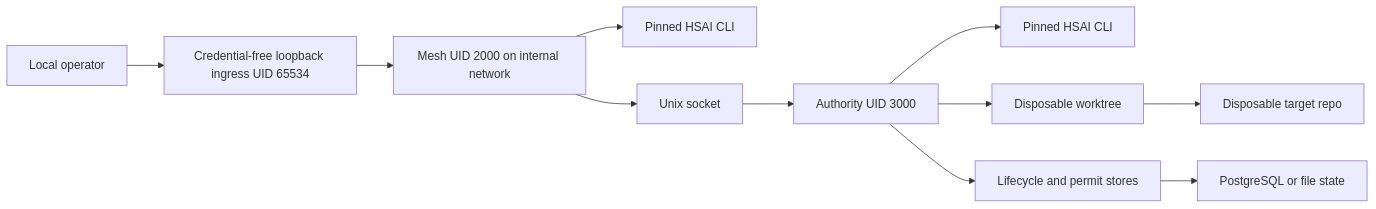
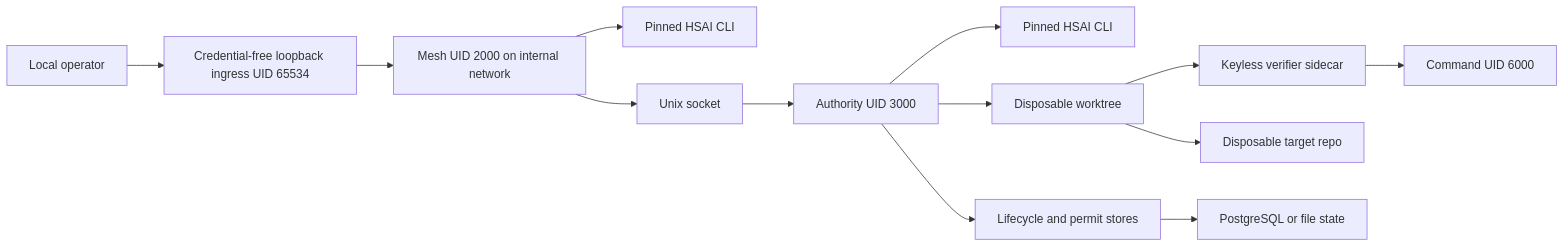
The diagram in docs/evidence-carrying-agent-actions-threat-model.md (LusisLabs/orbital-mesh), drawn with Mermaid before and after one commit. The commit also changed other lines of this file and 20 other files, not shown here.

````diff
--- a/docs/evidence-carrying-agent-actions-threat-model.md
+++ b/docs/evidence-carrying-agent-actions-threat-model.md
@@ -137,13 +160,15 @@
 ```mermaid
 flowchart LR
   O["Local operator"] --> I["Credential-free loopback ingress UID 65534"]
   I --> M["Mesh UID 2000 on internal network"]
   M --> H1["Pinned HSAI CLI"]
   M --> S["Unix socket"]
   S --> A["Authority UID 3000"]
   A --> H2["Pinned HSAI CLI"]
   A --> W["Disposable worktree"]
+  W --> V["Keyless verifier sidecar"]
+  V --> C["Command UID 6000"]
   A --> L["Lifecycle and permit stores"]
   W --> T["Disposable target repo"]
   L --> P["PostgreSQL or file state"]
 ```
````
